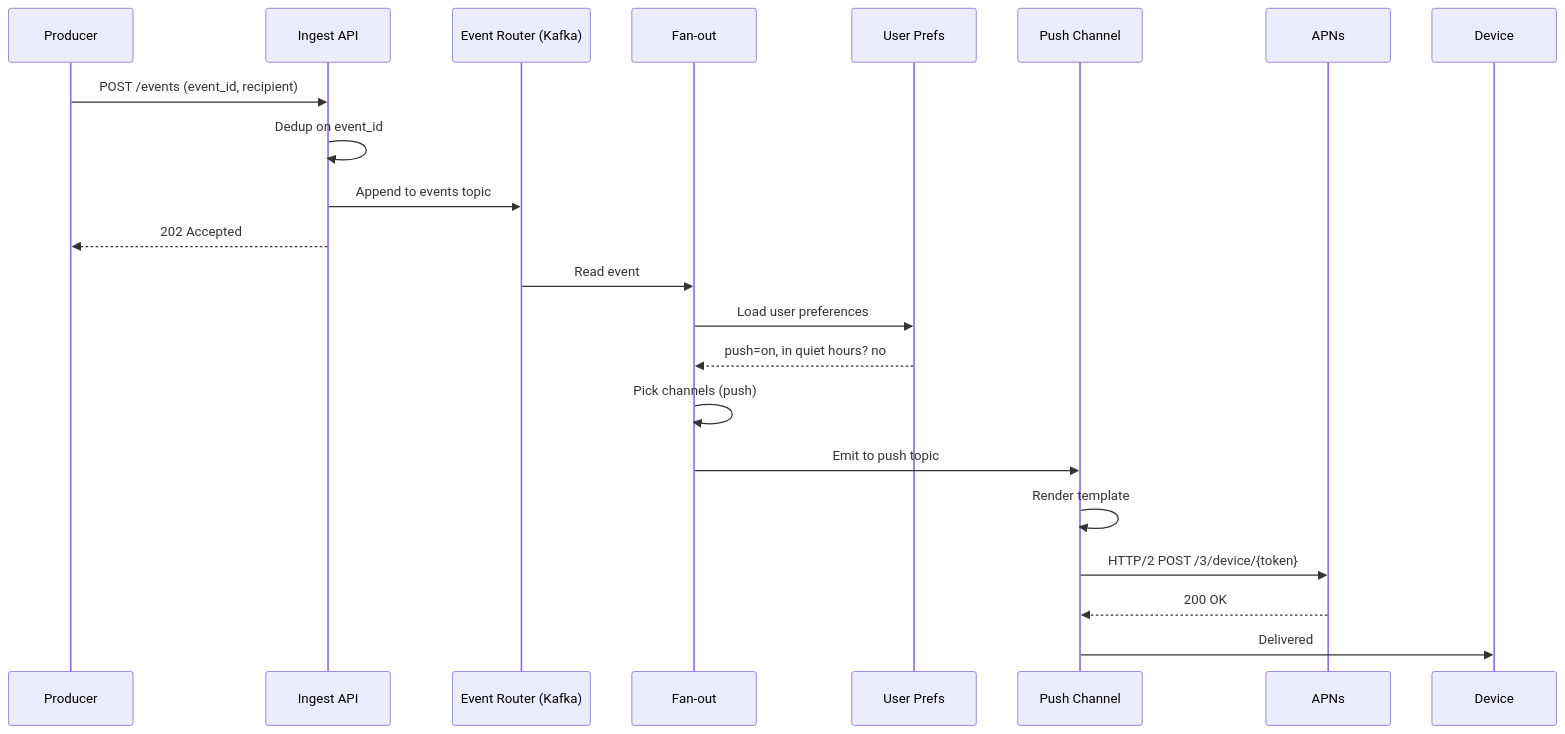
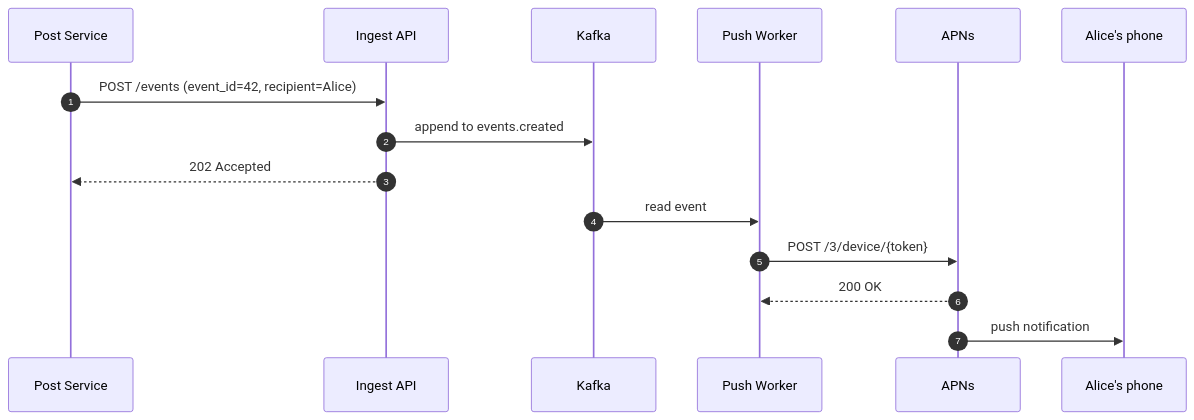
One commit to shiningflash/system-design changed the third of 10 diagrams in problems/010-notification-system/question.md. Above: the diagram before and after it, drawn with Mermaid. The commit also changed other lines of this file and 38 other files, not shown here.

````diff
--- a/problems/010-notification-system/question.md
+++ b/problems/010-notification-system/question.md
@@ -206,27 +147,18 @@
 ```mermaid
 sequenceDiagram
-    participant P as Producer
+    autonumber
+    participant P as Post Service
     participant I as Ingest API
-    participant R as Event Router (Kafka)
-    participant F as Fan-out
-    participant U as User Prefs
-    participant C as Push Channel
+    participant K as Kafka
+    participant W as Push Worker
     participant A as APNs
-    participant D as Device
+    participant D as Alice's phone
 
-    P->>I: POST /events (event_id, recipient)
-    I->>I: Dedup on event_id
-    I->>R: Append to events topic
+    P->>I: POST /events (event_id=42, recipient=Alice)
+    I->>K: append to events.created
     I-->>P: 202 Accepted
-
-    R->>F: Read event
-    F->>U: Load user preferences
-    U-->>F: push=on, in quiet hours? no
-    F->>F: Pick channels (push)
-    F->>C: Emit to push topic
-
-    C->>C: Render template
-    C->>A: HTTP/2 POST /3/device/{token}
-    A-->>C: 200 OK
-    C->>D: Delivered
+    K->>W: read event
+    W->>A: POST /3/device/{token}
+    A-->>W: 200 OK
+    A->>D: push notification
 ```
````
